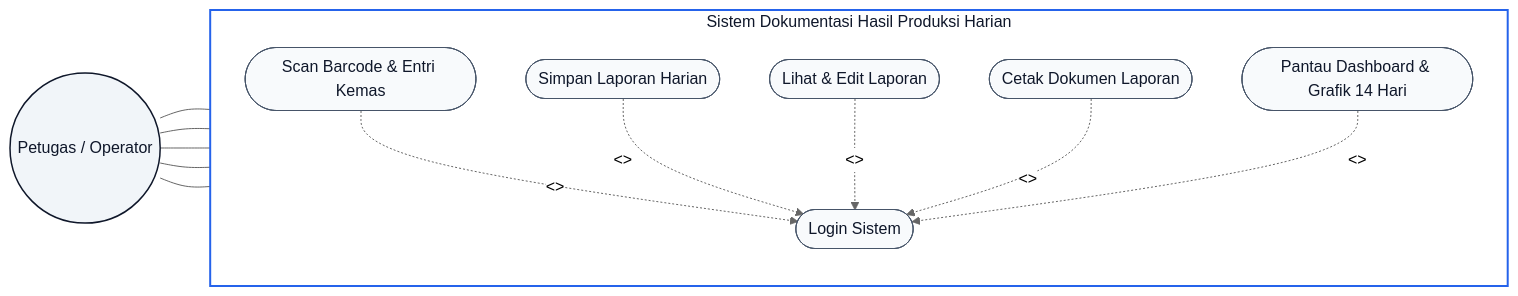
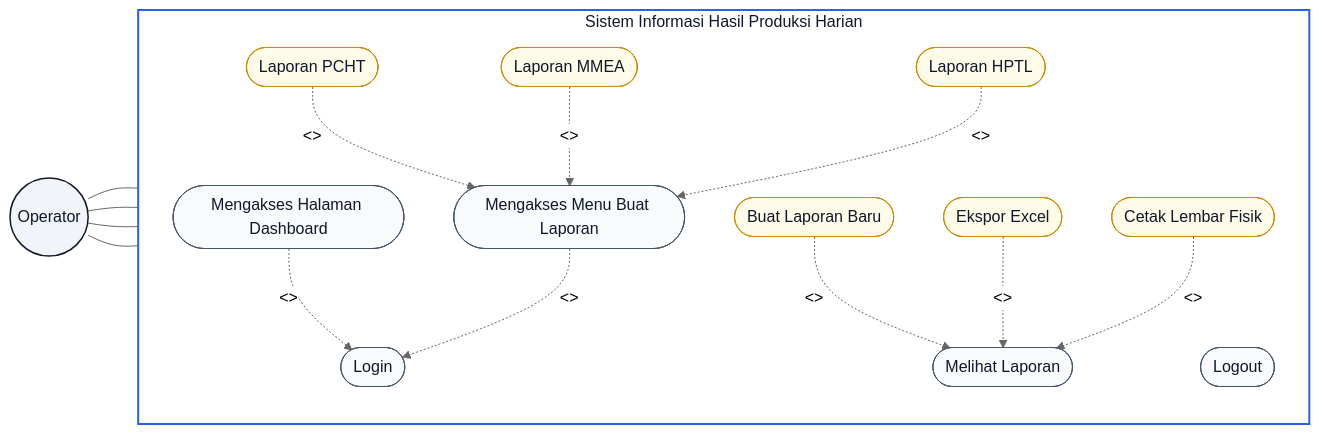
One commit to ZulfikarHD/scan-produksi changed the second of 11 diagrams in docs/BAB_III_Draft.md. Above: the diagram before and after it, drawn with Mermaid (neutral theme). The commit also changed other lines of this file, not shown here.

First line of the commit message:
feat(docs): update functional requirements and use case diagrams for operators and supervisors

````diff
--- a/docs/BAB_III_Draft.md
+++ b/docs/BAB_III_Draft.md
@@ -156,34 +155,46 @@
 ```mermaid
 flowchart LR
-    subgraph SYSTEM ["Sistem Dokumentasi Hasil Produksi Harian"]
+    subgraph SYSTEM ["Sistem Informasi Hasil Produksi Harian"]
         direction TB
-        UC_SCAN(["Scan Barcode & Entri Kemas"])
-        UC_SAVE(["Simpan Laporan Harian"])
-        UC_VIEW(["Lihat & Edit Laporan"])
-        UC_PRINT(["Cetak Dokumen Laporan"])
-        UC_DASH(["Pantau Dashboard & Grafik 14 Hari"])
-        UC_LOGIN(["Login Sistem"])
+        UC_LOGIN(["Login"])
+        UC_DASH(["Mengakses Halaman Dashboard"])
+        UC_BUAT(["Mengakses Menu Buat Laporan"])
+        UC_LIHAT(["Melihat Laporan"])
+        UC_LOGOUT(["Logout"])
+
+        UC_PCHT(["Laporan PCHT"])
+        UC_MMEA(["Laporan MMEA"])
+        UC_HPTL(["Laporan HPTL"])
+        UC_EXCEL(["Ekspor Excel"])
+        UC_CETAK(["Cetak Lembar Fisik"])
+        UC_BUAT_EXT(["Buat Laporan Baru"])
     end
 
-    ACT_OP((Petugas / Operator))
+    ACT_OP((Operator))
 
-    ACT_OP --- UC_SCAN
-    ACT_OP --- UC_SAVE
-    ACT_OP --- UC_VIEW
-    ACT_OP --- UC_PRINT
     ACT_OP --- UC_DASH
+    ACT_OP --- UC_BUAT
+    ACT_OP --- UC_LIHAT
+    ACT_OP --- UC_LOGOUT
 
-    UC_SCAN -. "<<include>>" .-> UC_LOGIN
-    UC_SAVE -. "<<include>>" .-> UC_LOGIN
-    UC_VIEW -. "<<include>>" .-> UC_LOGIN
-    UC_PRINT -. "<<include>>" .-> UC_LOGIN
     UC_DASH -. "<<include>>" .-> UC_LOGIN
+    UC_BUAT -. "<<include>>" .-> UC_LOGIN
+
+    UC_PCHT -. "<<extend>>" .-> UC_BUAT
+    UC_MMEA -. "<<extend>>" .-> UC_BUAT
+    UC_HPTL -. "<<extend>>" .-> UC_BUAT
+
+    UC_BUAT_EXT -. "<<extend>>" .-> UC_LIHAT
+    UC_EXCEL -. "<<extend>>" .-> UC_LIHAT
+    UC_CETAK -. "<<extend>>" .-> UC_LIHAT
 
     classDef act fill:#f1f5f9,stroke:#0f172a,stroke-width:1.5px,color:#0f172a;
     classDef sys fill:#ffffff,stroke:#2563eb,stroke-width:2px,color:#0f172a;
     classDef uc fill:#f8fafc,stroke:#475569,stroke-width:1px,color:#0f172a;
+    classDef ext fill:#fefce8,stroke:#ca8a04,stroke-width:1px,color:#0f172a;
 
     class ACT_OP act;
     class SYSTEM sys;
-    class UC_SCAN,UC_SAVE,UC_VIEW,UC_PRINT,UC_DASH,UC_LOGIN uc;
+    class UC_LOGIN,UC_DASH,UC_BUAT,UC_LIHAT,UC_LOGOUT uc;
+    class UC_PCHT,UC_MMEA,UC_HPTL,UC_EXCEL,UC_CETAK,UC_BUAT_EXT ext;
 ```
````
